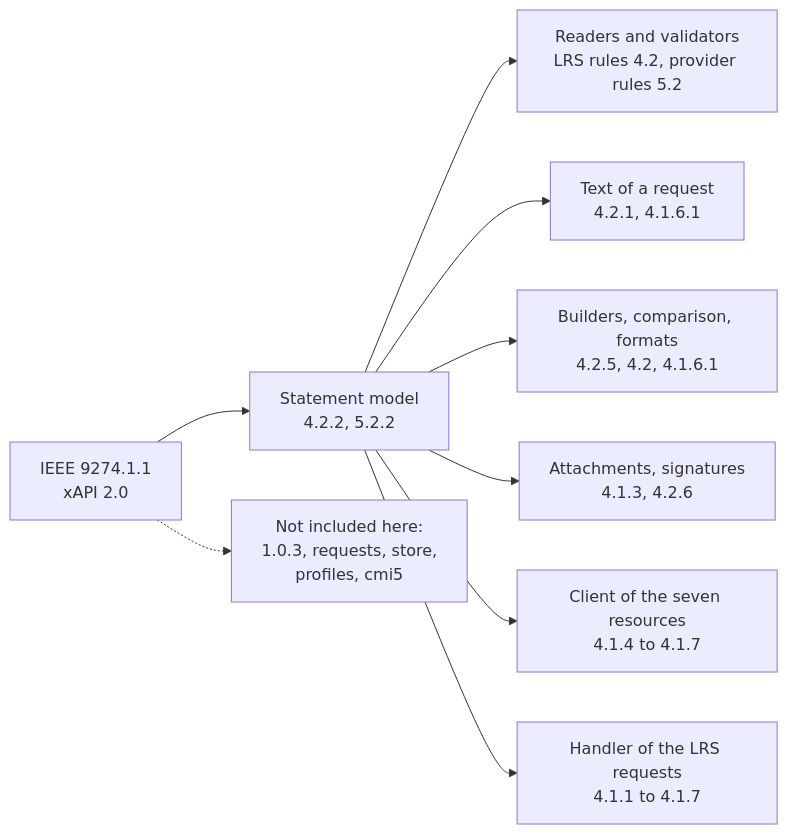
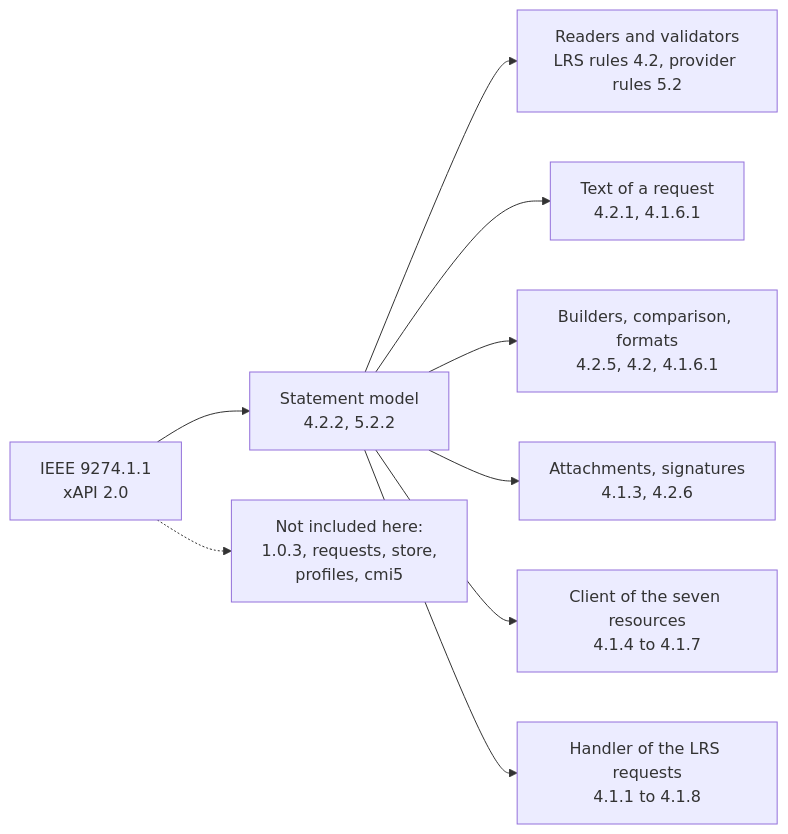
Before and after one commit to interopkit/interopkit: the diagram in docs/learning-records/supported.md, drawn with Mermaid. The commit also changed other lines of this file and 32 other files, not shown here.

First line of the commit message:
Add documents, Agents, Activities and About to the LRS handler

````diff
--- a/docs/learning-records/supported.md
+++ b/docs/learning-records/supported.md
@@ -6,11 +6,11 @@
 ```mermaid
 flowchart LR
   spec["IEEE 9274.1.1<br/>xAPI 2.0"] --> model["Statement model<br/>4.2.2, 5.2.2"]
   model --> read["Readers and validators<br/>LRS rules 4.2, provider rules 5.2"]
   model --> text["Text of a request<br/>4.2.1, 4.1.6.1"]
   model --> build["Builders, comparison, formats<br/>4.2.5, 4.2, 4.1.6.1"]
   model --> attach["Attachments, signatures<br/>4.1.3, 4.2.6"]
   model --> client["Client of the seven resources<br/>4.1.4 to 4.1.7"]
-  model --> store["Handler of the LRS requests<br/>4.1.1 to 4.1.7"]
+  model --> store["Handler of the LRS requests<br/>4.1.1 to 4.1.8"]
   spec -.-> outside["Not included here:<br/>1.0.3, requests, store,<br/>profiles, cmi5"]
 ```
````
